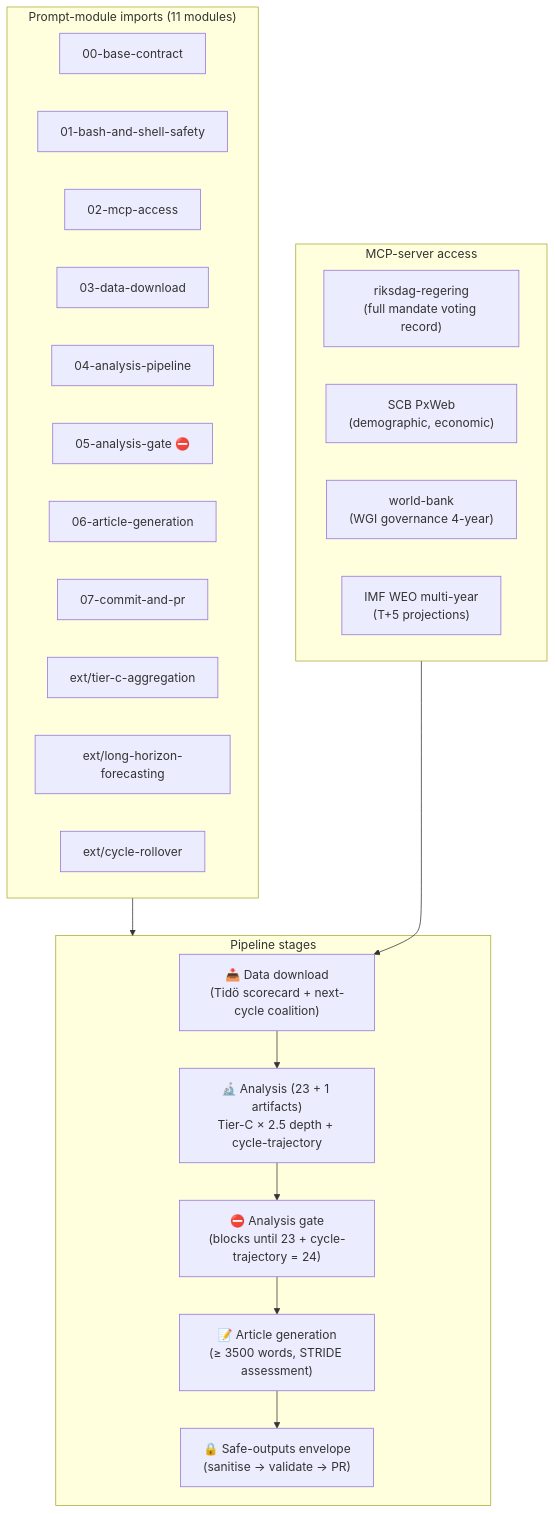
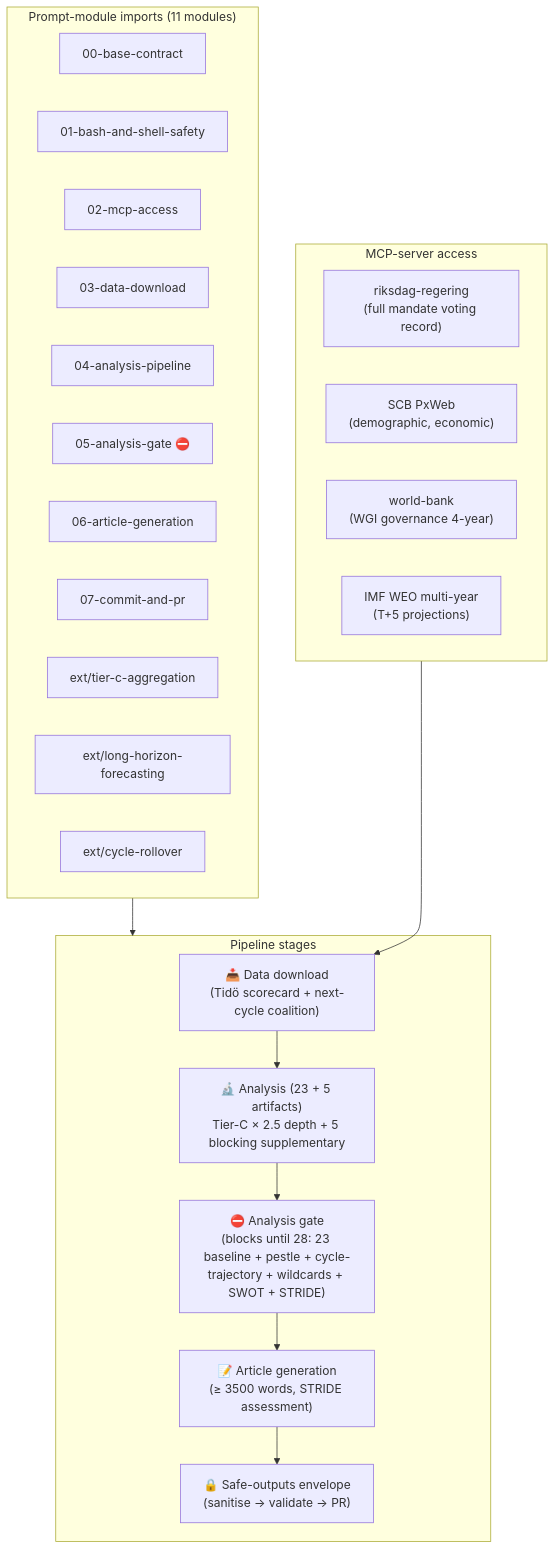
Before and after one commit to Hack23/riksdagsmonitor: diagram 17 of 20 in WORKFLOWS.md, drawn with Mermaid. The commit also changed other lines of this file and 1 other file, not shown here.

First line of the commit message:
Fix artifact counts (year-ahead=24, election-cycle=28), workflow list, and sync README

````diff
--- a/WORKFLOWS.md
+++ b/WORKFLOWS.md
@@ -1192,35 +1198,35 @@
 ```mermaid
 flowchart TD
     subgraph Imports["Prompt-module imports (11 modules)"]
         P00["00-base-contract"]
         P01["01-bash-and-shell-safety"]
         P02["02-mcp-access"]
         P03["03-data-download"]
         P04["04-analysis-pipeline"]
         P05["05-analysis-gate ⛔"]
         P06["06-article-generation"]
         P07["07-commit-and-pr"]
         EXT1["ext/tier-c-aggregation"]
         EXT2["ext/long-horizon-forecasting"]
         EXT3["ext/cycle-rollover"]
     end
 
     subgraph MCP["MCP-server access"]
         RR["riksdag-regering<br/>(full mandate voting record)"]
         SCB["SCB PxWeb<br/>(demographic, economic)"]
         WB["world-bank<br/>(WGI governance 4-year)"]
         IMF["IMF WEO multi-year<br/>(T+5 projections)"]
     end
 
     subgraph Pipeline["Pipeline stages"]
         A1["📥 Data download<br/>(Tidö scorecard + next-cycle coalition)"]
-        A2["🔬 Analysis (23 + 1 artifacts)<br/>Tier-C × 2.5 depth + cycle-trajectory"]
-        A3["⛔ Analysis gate<br/>(blocks until 23 + cycle-trajectory = 24)"]
+        A2["🔬 Analysis (23 + 5 artifacts)<br/>Tier-C × 2.5 depth + 5 blocking supplementary"]
+        A3["⛔ Analysis gate<br/>(blocks until 28: 23 baseline + pestle + cycle-trajectory + wildcards + SWOT + STRIDE)"]
         A4["📝 Article generation<br/>(≥ 3500 words, STRIDE assessment)"]
         A5["🔒 Safe-outputs envelope<br/>(sanitise → validate → PR)"]
     end
 
     Imports --> Pipeline
     MCP --> A1
     A1 --> A2 --> A3 --> A4 --> A5
 ```
````
